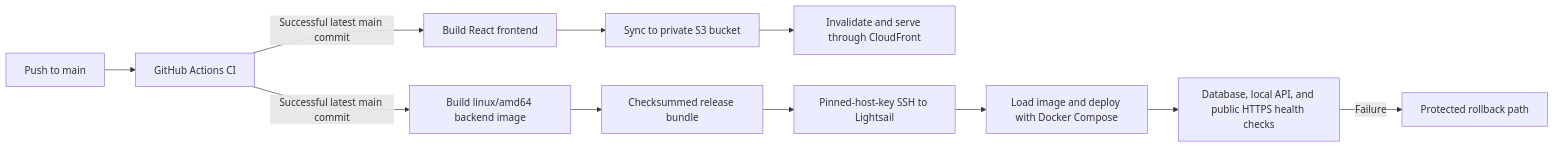
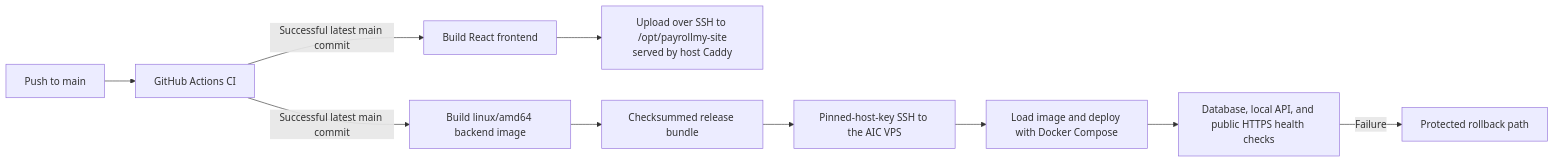
The fifth of 5 diagrams in README.md (siewong007/payroll-system), drawn with Mermaid before and after one commit. The commit also changed other lines of this file and 26 other files, not shown here.

````diff
--- a/README.md
+++ b/README.md
@@ -198,13 +198,12 @@
 ```mermaid
 flowchart LR
     Push["Push to main"] --> CI["GitHub Actions CI"]
     CI -->|Successful latest main commit| Frontend["Build React frontend"]
     CI -->|Successful latest main commit| Backend["Build linux/amd64 backend image"]
-    Frontend --> S3["Sync to private S3 bucket"]
-    S3 --> CloudFront["Invalidate and serve through CloudFront"]
+    Frontend --> Site["Upload over SSH to /opt/payrollmy-site\nserved by host Caddy"]
     Backend --> Bundle["Checksummed release bundle"]
-    Bundle --> SSH["Pinned-host-key SSH to Lightsail"]
+    Bundle --> SSH["Pinned-host-key SSH to the AIC VPS"]
     SSH --> Compose["Load image and deploy with Docker Compose"]
     Compose --> Health["Database, local API, and public HTTPS health checks"]
     Health -->|Failure| Rollback["Protected rollback path"]
 ```
````
